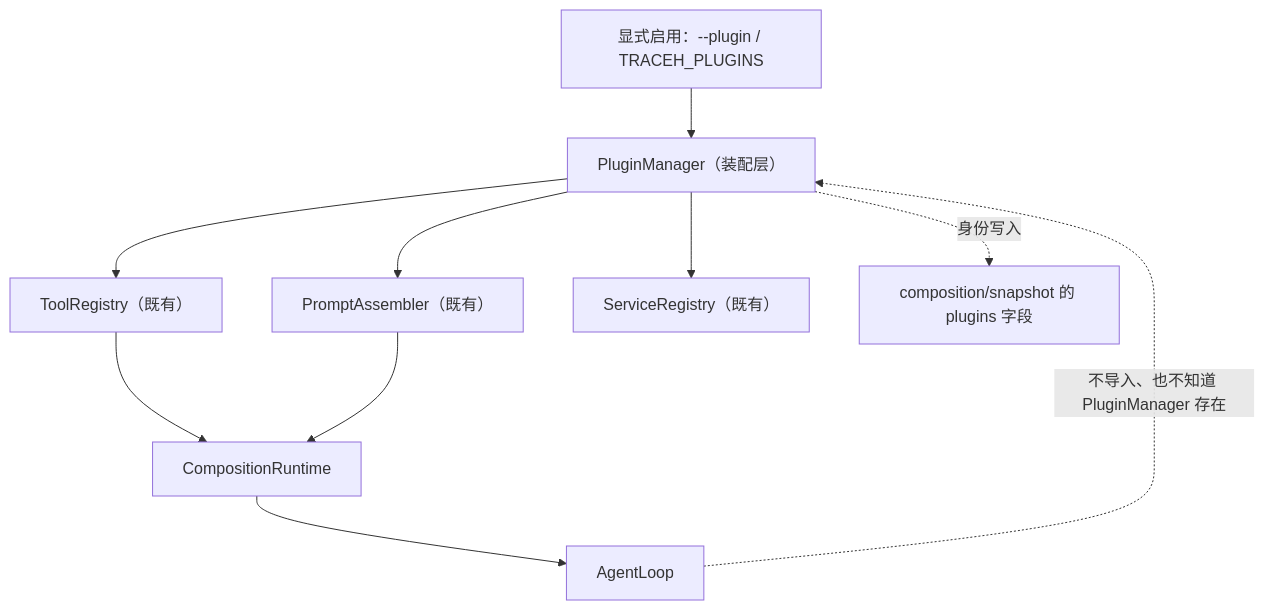
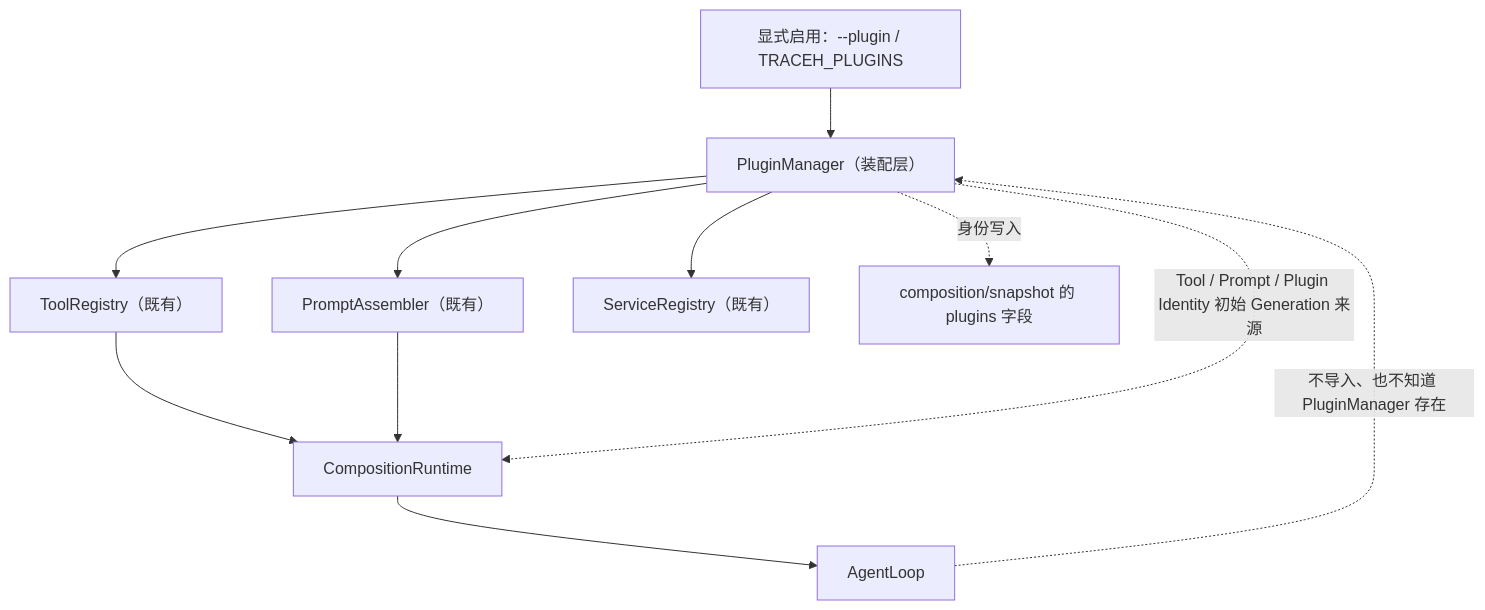
The second of 11 diagrams in docs/note/project-context.md (uboyme/traceHarness), drawn with Mermaid before and after one commit. The commit also changed other lines of this file and 14 other files, not shown here.

````diff
--- a/docs/note/project-context.md
+++ b/docs/note/project-context.md
@@ -178,12 +178,13 @@
 ```mermaid
 flowchart TD
     SEL["显式启用：--plugin / TRACEH_PLUGINS"] --> PM["PluginManager（装配层）"]
     PM --> TR2["ToolRegistry（既有）"]
     PM --> PA["PromptAssembler（既有）"]
     PM --> SR["ServiceRegistry（既有）"]
     TR2 --> CR2["CompositionRuntime"]
     PA --> CR2
+    PM -. "Tool / Prompt / Plugin Identity 初始 Generation 来源" .-> CR2
     CR2 --> AL2["AgentLoop"]
     PM -. "身份写入" .-> SNAP["composition/snapshot 的 plugins 字段"]
     AL2 -. "不导入、也不知道 PluginManager 存在" .-> PM
 ```
````
